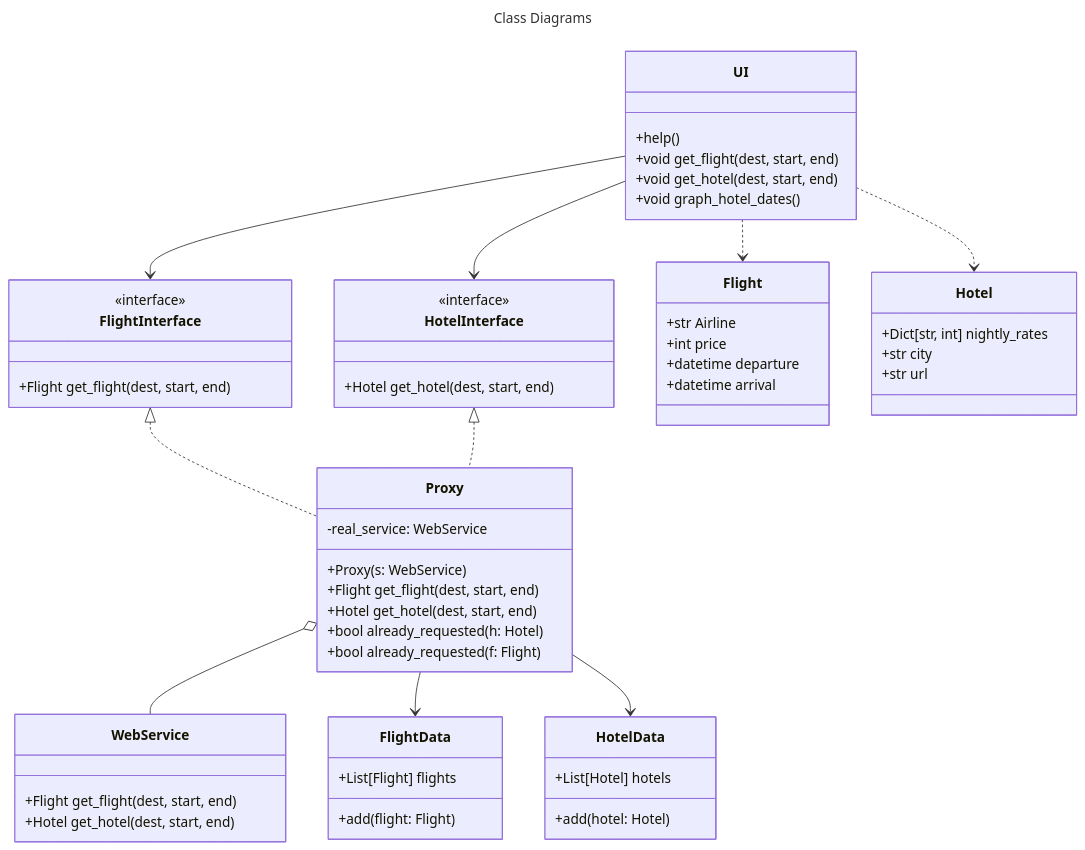
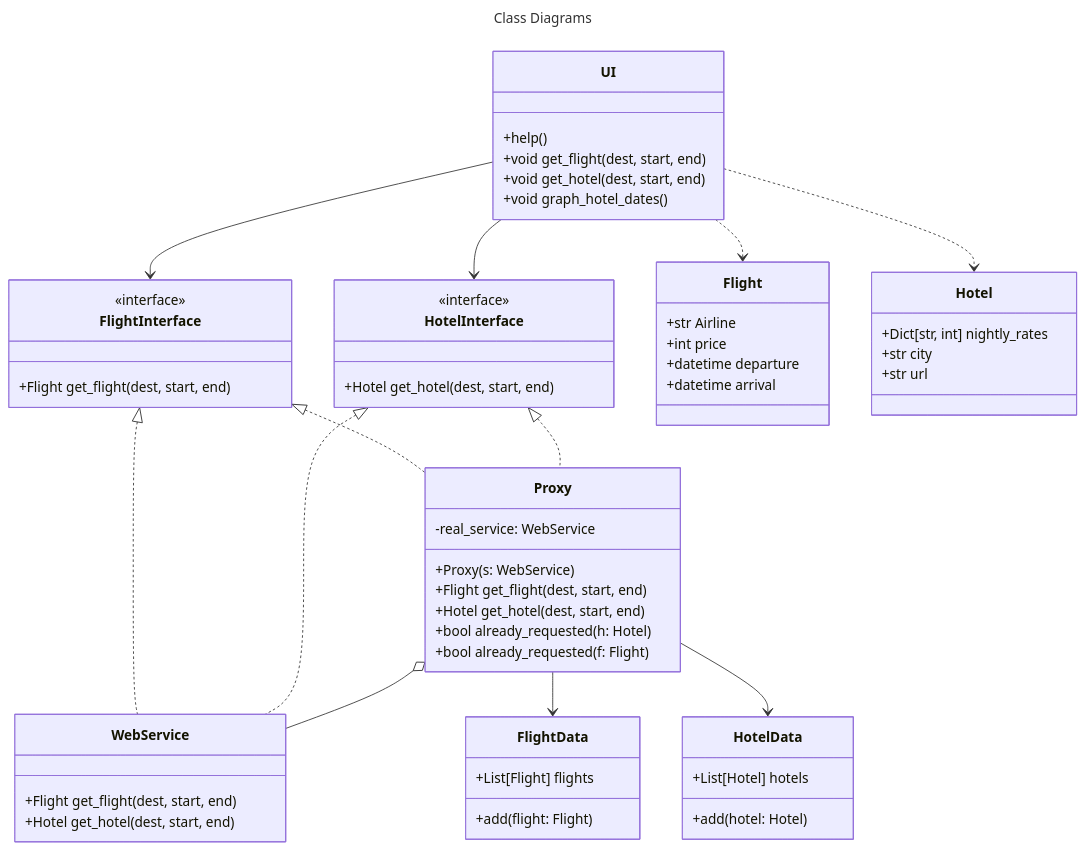
One commit to tristan-white/fhr_deal_finder changed the diagram in README.md. Above: the diagram before and after it, drawn with Mermaid. The commit also changed 6 other files, not shown here.

````diff
--- a/README.md
+++ b/README.md
@@ -49,69 +49,71 @@
 ```mermaid
 ---
 title: Class Diagrams
 ---
 
 classDiagram
     UI --> FlightInterface
     UI --> HotelInterface
     UI ..> Flight
     UI ..> Hotel
     FlightInterface <|.. Proxy
     HotelInterface <|.. Proxy
+    FlightInterface <|.. WebService
+    HotelInterface <|.. WebService
     Proxy o-- WebService
     Proxy --> FlightData
     Proxy --> HotelData
 
 
     class UI{
         +help()
         +void get_flight(dest, start, end)
         +void get_hotel(dest, start, end)
         +void graph_hotel_dates()
     }
     class FlightInterface {
         <<interface>>
         +Flight get_flight(dest, start, end)
     }
     class HotelInterface {
         <<interface>>
         +Hotel get_hotel(dest, start, end)
     }
     class Proxy{
         -real_service: WebService
         +Proxy(s: WebService)
         +Flight get_flight(dest, start, end)
         +Hotel get_hotel(dest, start, end)
         +bool already_requested(h: Hotel)
         +bool already_requested(f: Flight)
     }
     
     class WebService{
         +Flight get_flight(dest, start, end)
         +Hotel get_hotel(dest, start, end)
     }
 
     class Flight{
         +str Airline
         +int price
         +datetime departure
         +datetime arrival
     }
 
     class FlightData{
         +List[Flight] flights
         +add(flight: Flight)
     }
     class HotelData{
         +List[Hotel] hotels
         +add(hotel: Hotel)
     }
 
     class Hotel{
         +Dict[str, int] nightly_rates
         +str city
         +str url
     }
 
 
 ```
````
